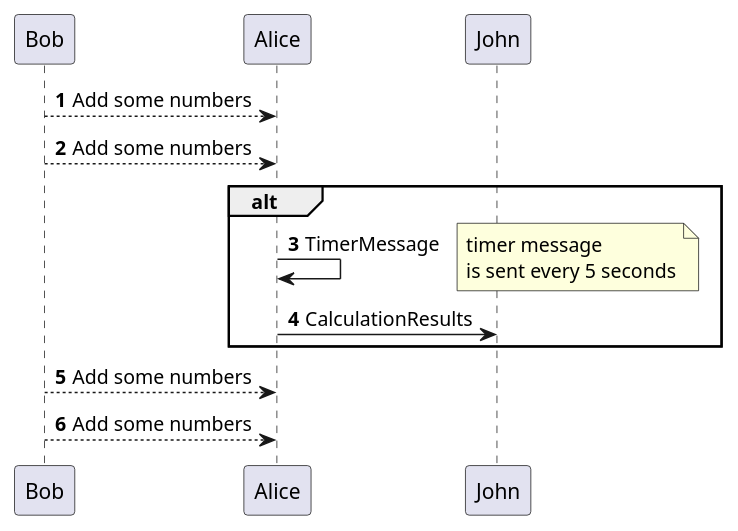
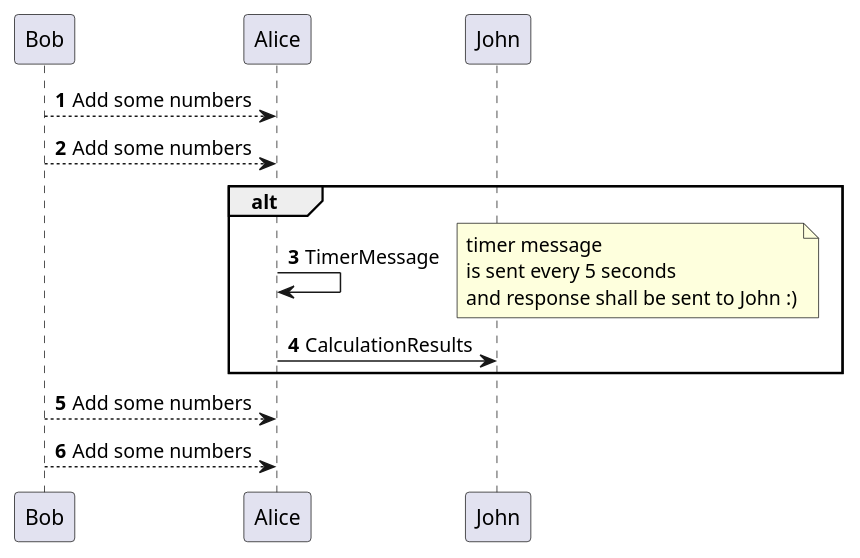
One commit to atulmish/devconf-lk-20190223 changed the diagram in AkkaActorSystem/Task02/task02.puml. Above: the diagram before and after it, drawn with PlantUML. The commit also changed 2 other files, not shown here.

```diff
--- a/AkkaActorSystem/Task02/task02.puml
+++ b/AkkaActorSystem/Task02/task02.puml
@@ -1,19 +1,20 @@
 @startuml
 
 autonumber
 
 Bob --> Alice: Add some numbers
 Bob --> Alice: Add some numbers
 alt
 Alice -> Alice: TimerMessage
     note right
     timer message
     is sent every 5 seconds
+    and response shall be sent to John :)
     end note
 Alice -> John: CalculationResults
 end alt
 
 Bob --> Alice: Add some numbers
 
 Bob --> Alice: Add some numbers
 @enduml
```
